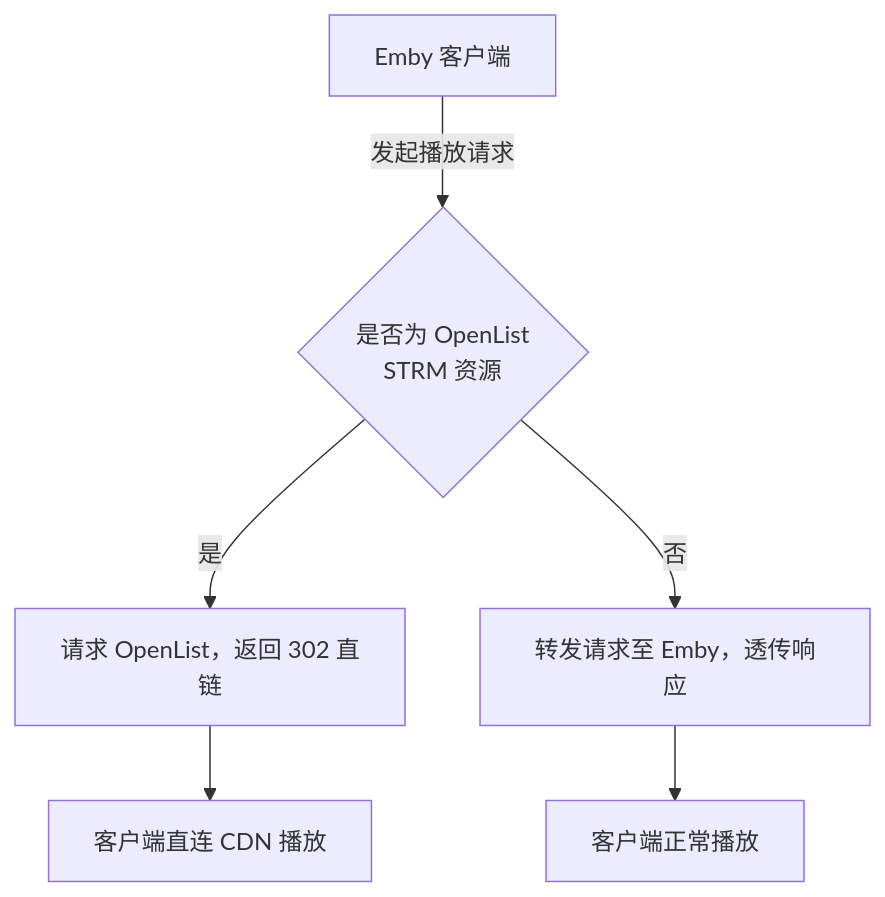
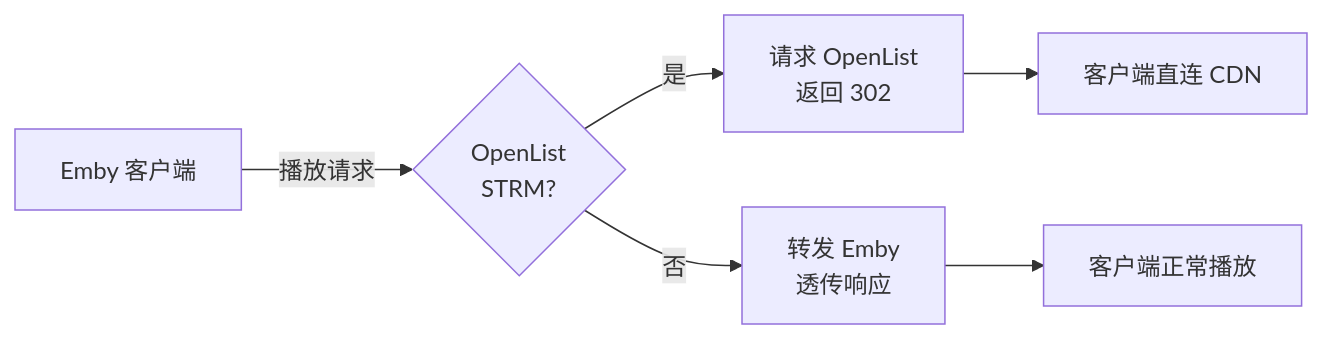
One commit to qvshuo/Emby302Gateway changed the diagram in README.md. Above: the diagram before and after it, drawn with Mermaid.

Commit message:
Revise flowchart in README for Emby client

````diff
--- a/README.md
+++ b/README.md
@@ -7,10 +7,8 @@
 ```mermaid
-flowchart TD
-    Client["Emby 客户端"] -->|发起播放请求| Gateway{"是否为 OpenList<br/>STRM 资源"}
-
-    Gateway -->|是| Redirect["请求 OpenList，返回 302 直链"]
-    Redirect --> ClientDirect["客户端直连 CDN 播放"]
-
-    Gateway -->|否| Proxy["转发请求至 Emby，透传响应"]
-    Proxy --> ClientProxy["客户端正常播放"]
+flowchart LR
+    C["Emby 客户端"] -->|播放请求| G{"OpenList<br/>STRM?"}
+    G -->|是| R["请求 OpenList<br/>返回 302"]
+    R --> D["客户端直连 CDN"]
+    G -->|否| P["转发 Emby<br/>透传响应"]
+    P --> N["客户端正常播放"]
 ```
````
